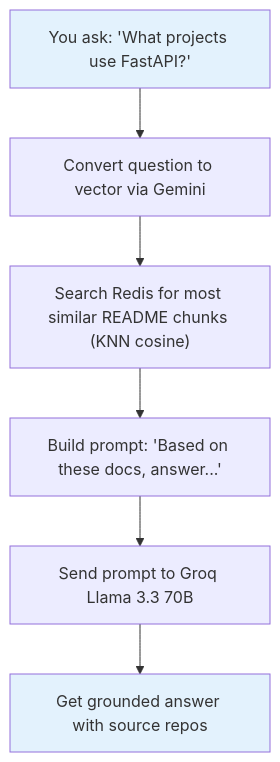
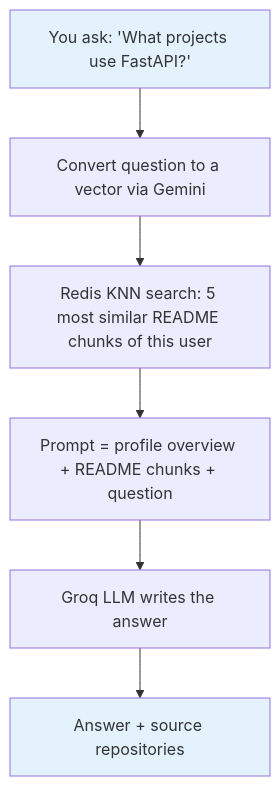
One commit to mujeebmasi/redis-rag changed the third of 6 diagrams in README.md. Above: the diagram before and after it, drawn with Mermaid. The commit also changed other lines of this file and 8 other files, not shown here.

````diff
--- a/README.md
+++ b/README.md
@@ -66,11 +72,11 @@
 ```mermaid
 graph TD
-    Q["You ask: 'What projects use FastAPI?'"] --> V["Convert question to vector via Gemini"]
-    V --> S["Search Redis for most similar README chunks (KNN cosine)"]
-    S --> P["Build prompt: 'Based on these docs, answer...'"] 
-    P --> L["Send prompt to Groq Llama 3.3 70B"]
-    L --> R["Get grounded answer with source repos"]
+    Q["You ask: 'What projects use FastAPI?'"] --> V["Convert question to a vector via Gemini"]
+    V --> S["Redis KNN search: 5 most similar README chunks of this user"]
+    S --> P["Prompt = profile overview + README chunks + question"]
+    P --> L["Groq LLM writes the answer"]
+    L --> R["Answer + source repositories"]
 
     style Q fill:#e3f2fd
     style R fill:#e3f2fd
 ```
````
